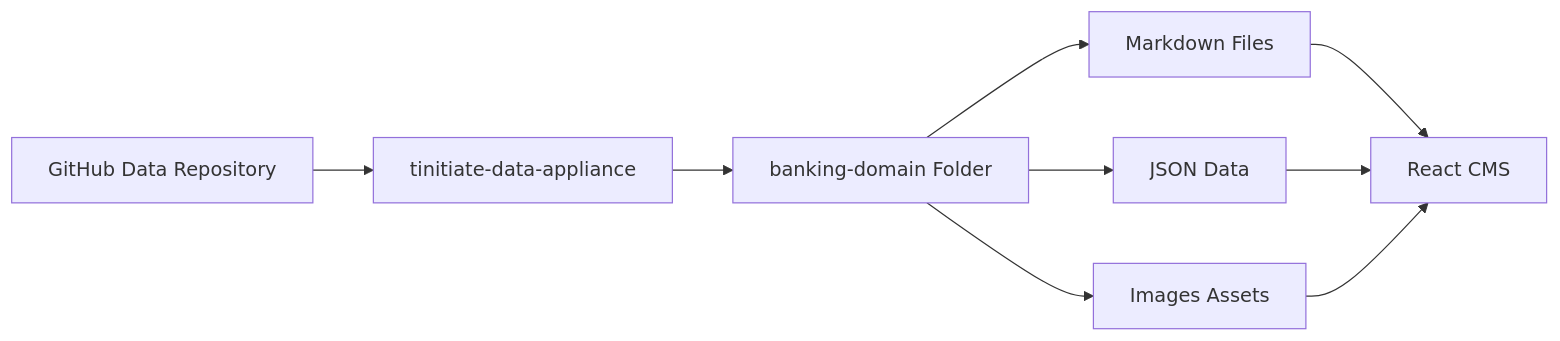
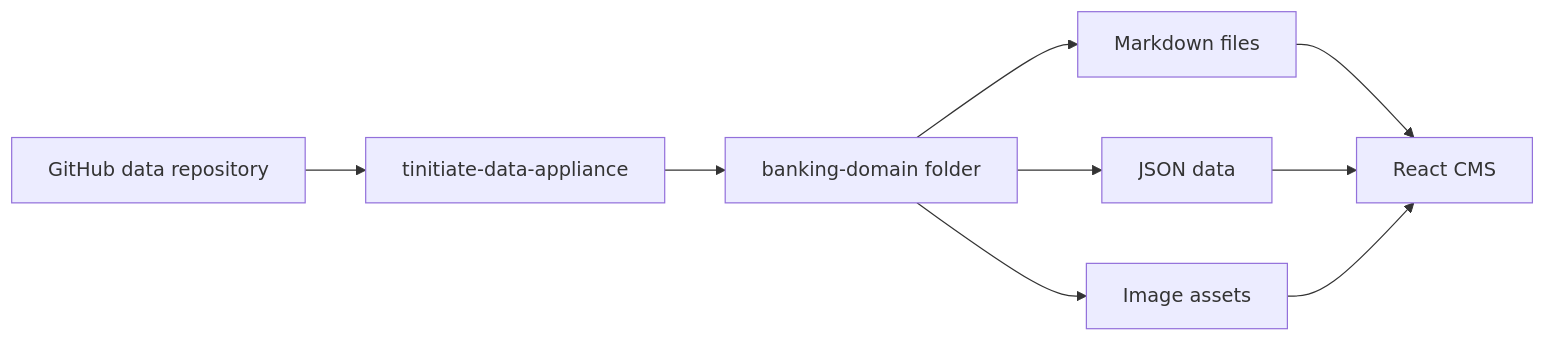
The second of 7 diagrams in banking-domain/banking_mermaid_shapes.md (tinitiateprime/tinitiate-data-appliance), drawn with Mermaid before and after one commit. The commit also changed other lines of this file and 3 other files, not shown here.

````diff
--- a/banking-domain/banking_mermaid_shapes.md
+++ b/banking-domain/banking_mermaid_shapes.md
@@ -42,22 +37,19 @@
 ```mermaid
 flowchart LR
-
-    A[GitHub Data Repository]
-    B[tinitiate-data-appliance]
-    C[banking-domain Folder]
-    D[Markdown Files]
-    E[JSON Data]
-    F[Images Assets]
-    G[React CMS]
+    A["GitHub data repository"]
+    B["tinitiate-data-appliance"]
+    C["banking-domain folder"]
+    D["Markdown files"]
+    E["JSON data"]
+    F["Image assets"]
+    G["React CMS"]
 
     A --> B
     B --> C
-
     C --> D
     C --> E
     C --> F
-
     D --> G
     E --> G
     F --> G
 ```
````
